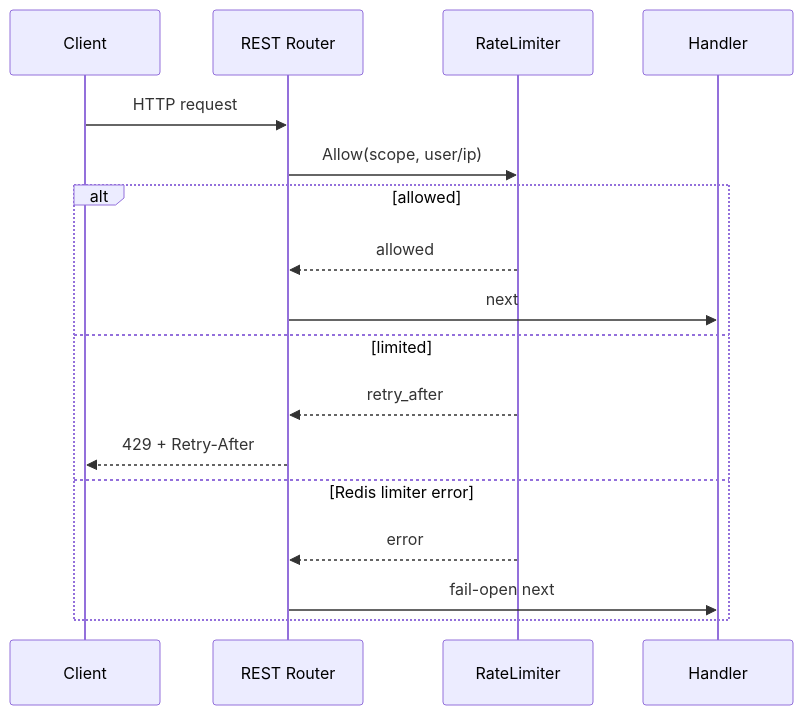
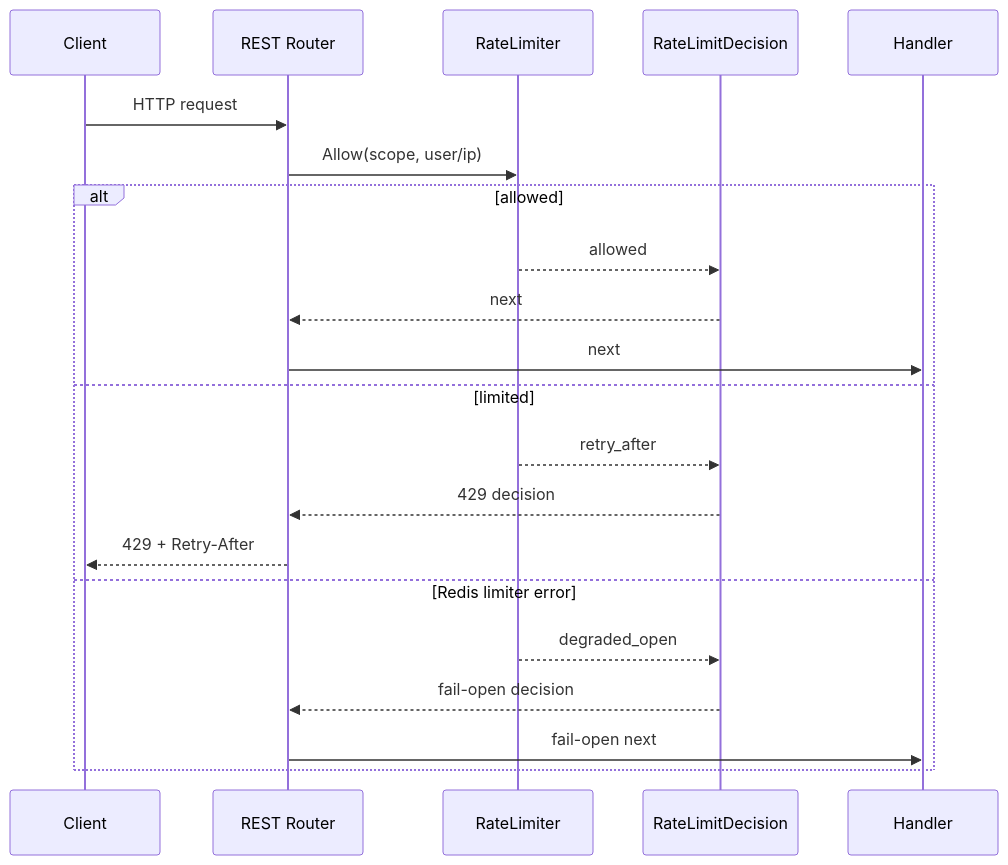
One commit to FangcunMount/qs-server changed the diagram in docs/03-基础设施/resilience/01-RateLimit入口限流.md. Above: the diagram before and after it, drawn with Mermaid. The commit also changed other lines of this file and 12 other files, not shown here.

Commit message:
pref Rate Limit 模型化重构：新增 internal/pkg/ratelimit，承接 RateLimitPolicy / RateLimitDecision / RateLimiter，并提供本地 limiter 与 Redis limiter adapter

````diff
--- a/docs/03-基础设施/resilience/01-RateLimit入口限流.md
+++ b/docs/03-基础设施/resilience/01-RateLimit入口限流.md
@@ -17,20 +18,24 @@
 ```mermaid
 sequenceDiagram
     participant C as Client
     participant R as REST Router
     participant L as RateLimiter
+    participant D as RateLimitDecision
     participant H as Handler
 
     C->>R: HTTP request
     R->>L: Allow(scope, user/ip)
     alt allowed
-        L-->>R: allowed
+        L-->>D: allowed
+        D-->>R: next
         R->>H: next
     else limited
-        L-->>R: retry_after
+        L-->>D: retry_after
+        D-->>R: 429 decision
         R-->>C: 429 + Retry-After
     else Redis limiter error
-        L-->>R: error
+        L-->>D: degraded_open
+        D-->>R: fail-open decision
         R->>H: fail-open next
     end
 ```
````
